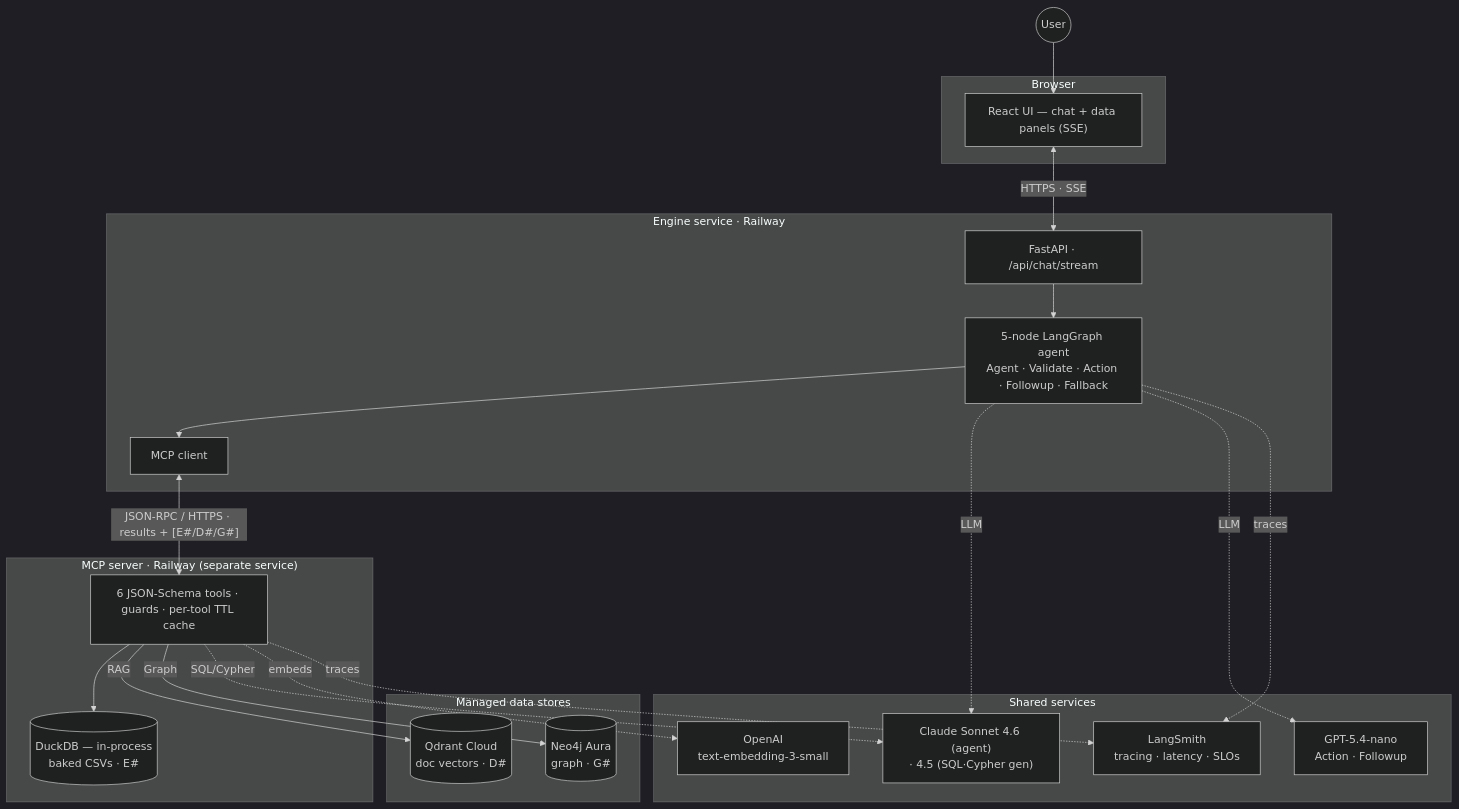
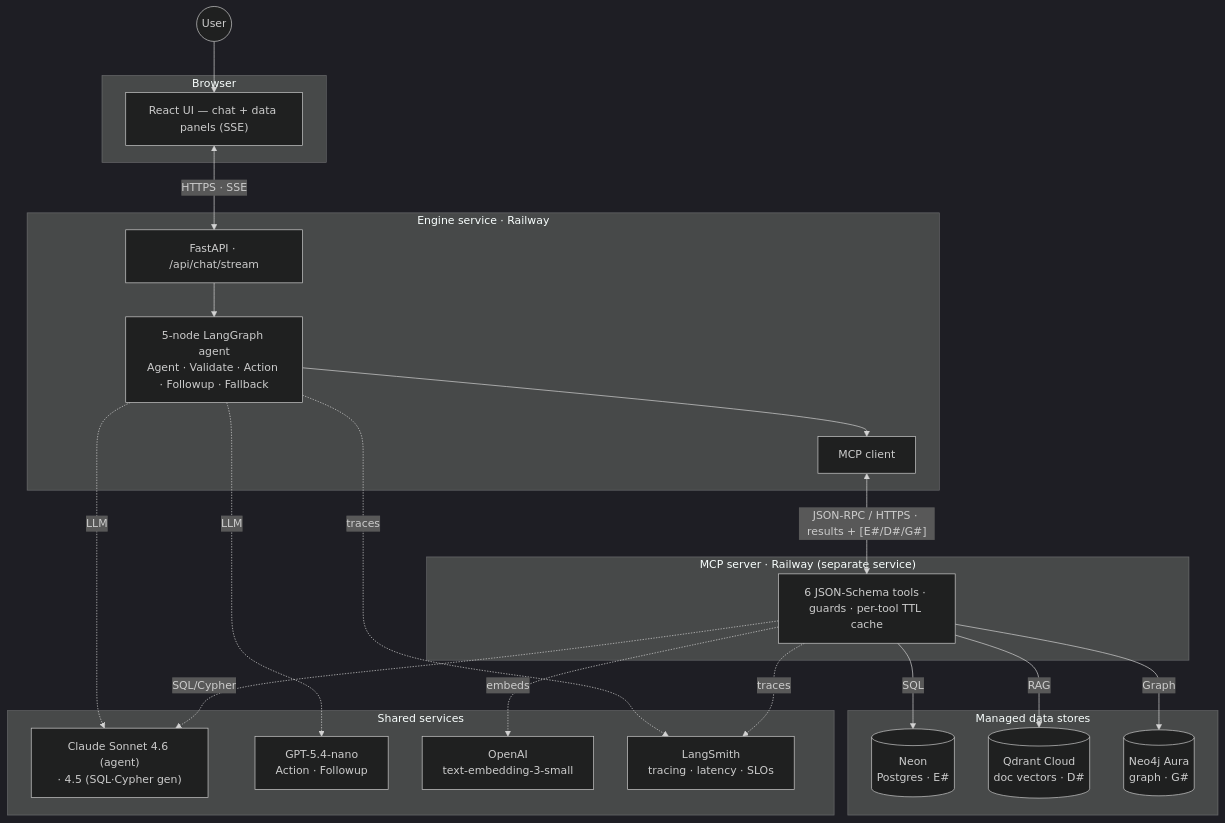
One commit to sazzad-kamal/crm-agentic-mcp-engine changed the third of 7 diagrams in README.md. Above: the diagram before and after it, drawn with Mermaid (dark theme). The commit also changed other lines of this file, not shown here.

Commit message:
Migrate SQL store DuckDB -> Neon Postgres across D2 + prose + guards diagram + tech table (managed tier; pending live migration)

````diff
--- a/README.md
+++ b/README.md
@@ -96,45 +96,45 @@
 ```mermaid
 flowchart TB
     User(("User"))
 
     subgraph BROWSER["Browser"]
         UI["React UI — chat + data panels (SSE)"]
     end
 
     subgraph RW1["Engine service · Railway"]
         API["FastAPI · /api/chat/stream"]
         AG["5-node LangGraph agent<br/>Agent · Validate · Action · Followup · Fallback"]
         MC["MCP client"]
         API --> AG --> MC
     end
 
     subgraph RW2["MCP server · Railway (separate service)"]
         TL["6 JSON-Schema tools · guards · per-tool TTL cache"]
-        DUCK[("DuckDB — in-process<br/>baked CSVs · E#")]
-        TL --> DUCK
     end
 
     subgraph DATA["Managed data stores"]
+        PG[("Neon<br/>Postgres · E#")]
         QDR[("Qdrant Cloud<br/>doc vectors · D#")]
         NEO[("Neo4j Aura<br/>graph · G#")]
     end
 
     subgraph SHARED["Shared services"]
         CLA["Claude Sonnet 4.6 (agent)<br/>· 4.5 (SQL·Cypher gen)"]
         GPT["GPT-5.4-nano<br/>Action · Followup"]
         EMB["OpenAI<br/>text-embedding-3-small"]
         OBS["LangSmith<br/>tracing · latency · SLOs"]
     end
 
     User --> UI
     UI <-->|"HTTPS · SSE"| API
     MC <-->|"JSON-RPC / HTTPS · results + [E#/D#/G#]"| TL
+    TL -->|SQL| PG
     TL -->|RAG| QDR
     TL -->|Graph| NEO
     AG -. LLM .-> CLA
     AG -. LLM .-> GPT
     TL -. SQL/Cypher .-> CLA
     TL -. embeds .-> EMB
     AG -. traces .-> OBS
     TL -. traces .-> OBS
 ```
````
